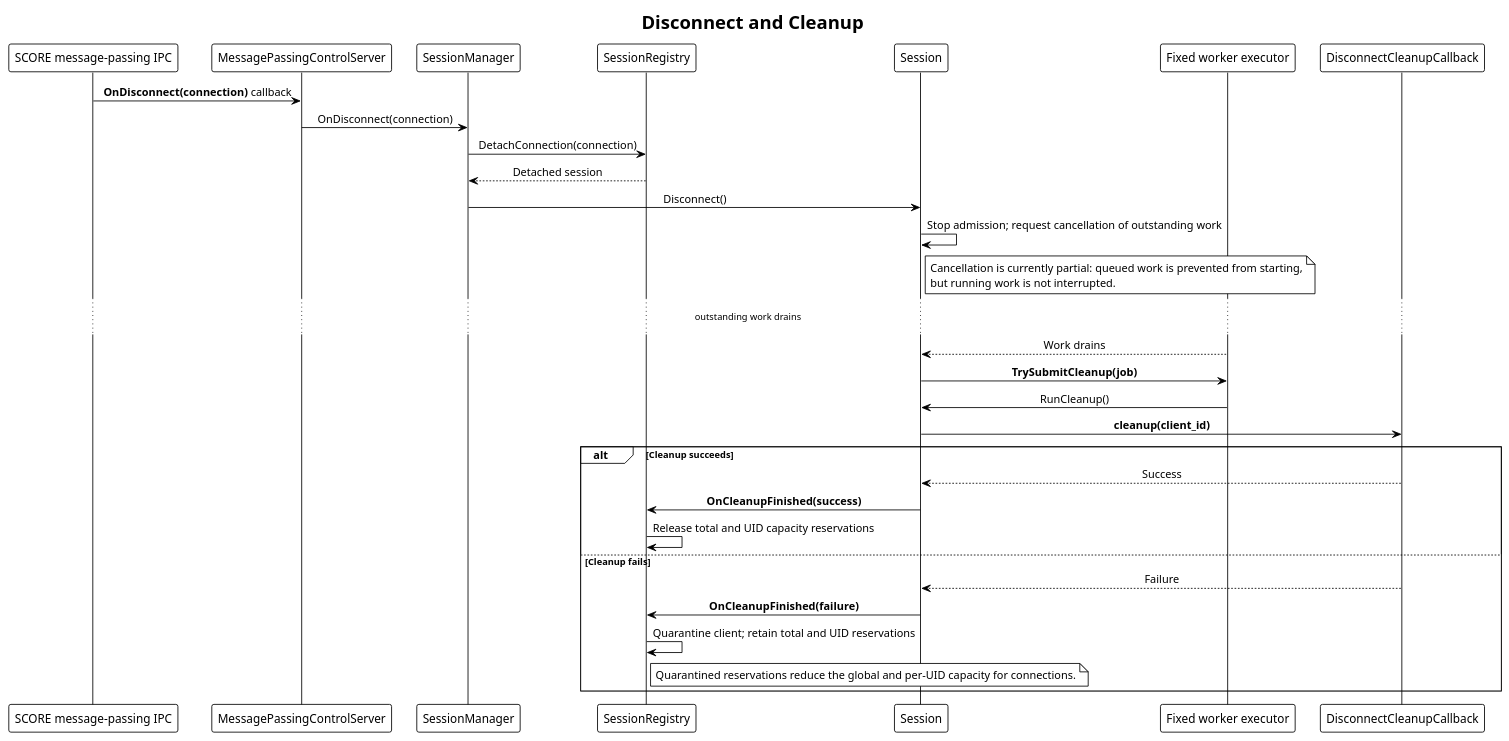
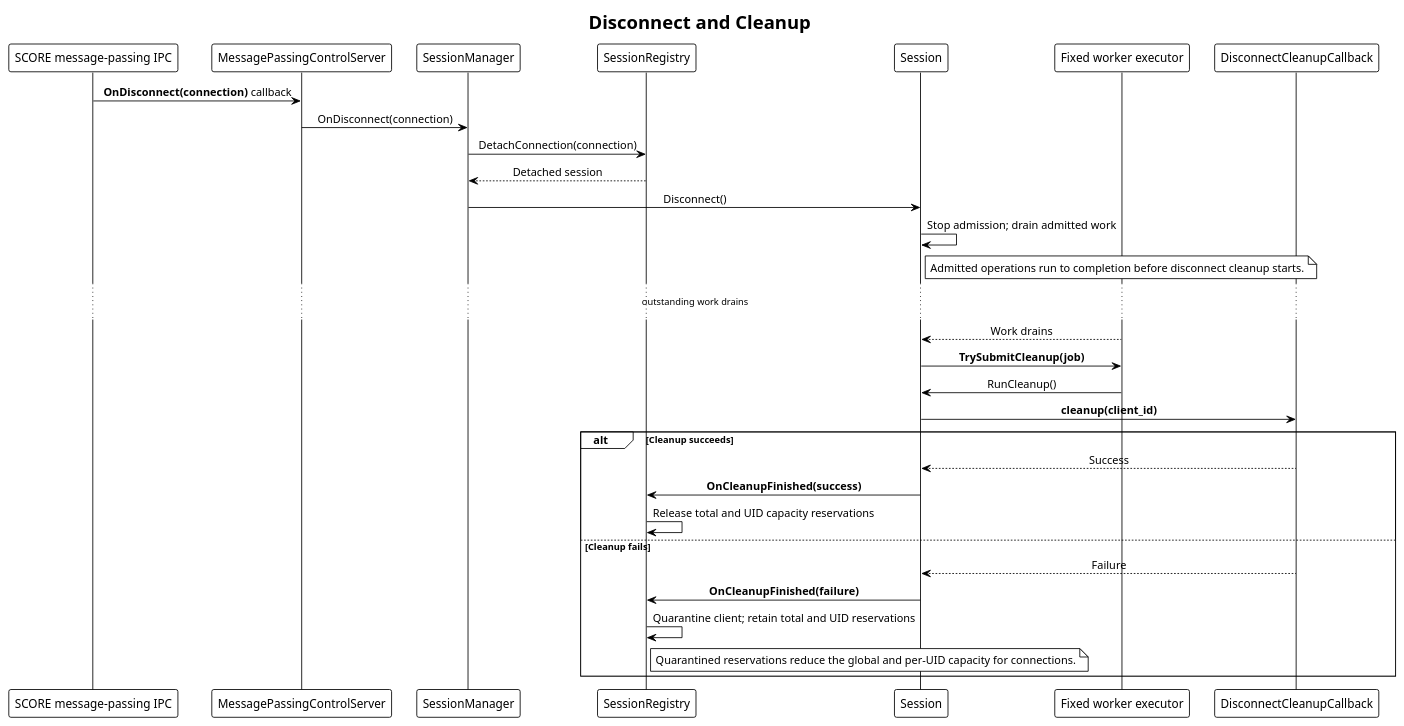
One commit to eclipse-score/inc_security_crypto changed the diagram in score/crypto/src/ipc/message_passing_adapter/docs/detailed_design/message_passing_adapter_overview_disconnect_flow.puml. Above: the diagram before and after it, drawn with PlantUML. The commit also changed 20 other files, not shown here.

```diff
--- a/score/crypto/src/ipc/message_passing_adapter/docs/detailed_design/message_passing_adapter_overview_disconnect_flow.puml
+++ b/score/crypto/src/ipc/message_passing_adapter/docs/detailed_design/message_passing_adapter_overview_disconnect_flow.puml
@@ -14,47 +14,46 @@
 @startuml message_passing_adapter_disconnect_flow
 !theme plain
 skinparam sequenceMessageAlign center
 skinparam shadowing false
 
 title Disconnect and Cleanup
 
 participant "SCORE message-passing IPC" as Transport
 participant "MessagePassingControlServer" as Server
 participant "SessionManager" as SessionManager
 participant "SessionRegistry" as Registry
 participant "Session" as Session
 participant "Fixed worker executor" as Executor
 participant "DisconnectCleanupCallback" as Cleanup
 
 Transport -> Server: **OnDisconnect(connection)** callback
 Server -> SessionManager: OnDisconnect(connection)
 SessionManager -> Registry: DetachConnection(connection)
 Registry --> SessionManager: Detached session
 SessionManager -> Session: Disconnect()
-Session -> Session: Stop admission; request cancellation of outstanding work
+Session -> Session: Stop admission; drain admitted work
 
 note right of Session
-	Cancellation is currently partial: queued work is prevented from starting,
-	but running work is not interrupted.
+	Admitted operations run to completion before disconnect cleanup starts.
 end note
 
 ... outstanding work drains ...
 
 Executor --> Session: Work drains
 Session -> Executor: **TrySubmitCleanup(job)**
 Executor -> Session: RunCleanup()
 Session -> Cleanup: **cleanup(client_id)**
 alt Cleanup succeeds
 	Cleanup --> Session: Success
 	Session -> Registry: **OnCleanupFinished(success)**
 	Registry -> Registry: Release total and UID capacity reservations
 else Cleanup fails
 	Cleanup --> Session: Failure
 	Session -> Registry: **OnCleanupFinished(failure)**
 	Registry -> Registry: Quarantine client; retain total and UID reservations
 	note right of Registry
 		Quarantined reservations reduce the global and per-UID capacity for connections.
 	end note
 end
 
 @enduml
```
